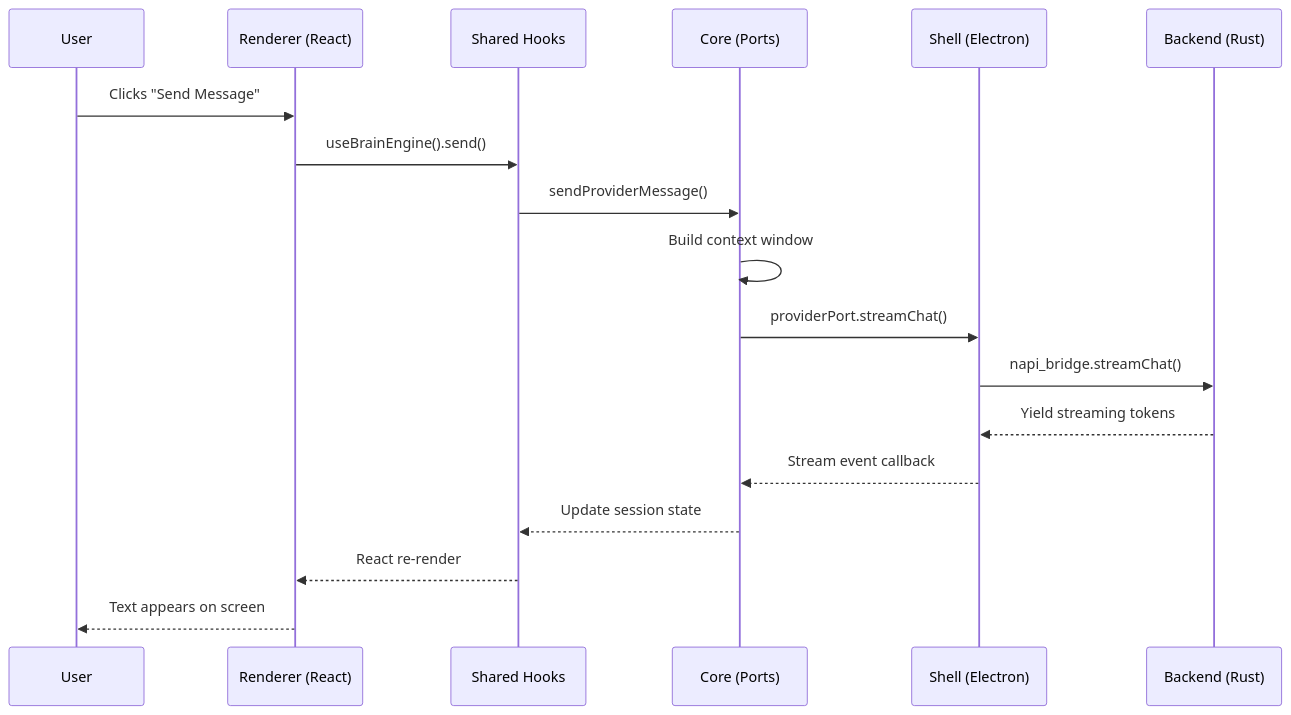
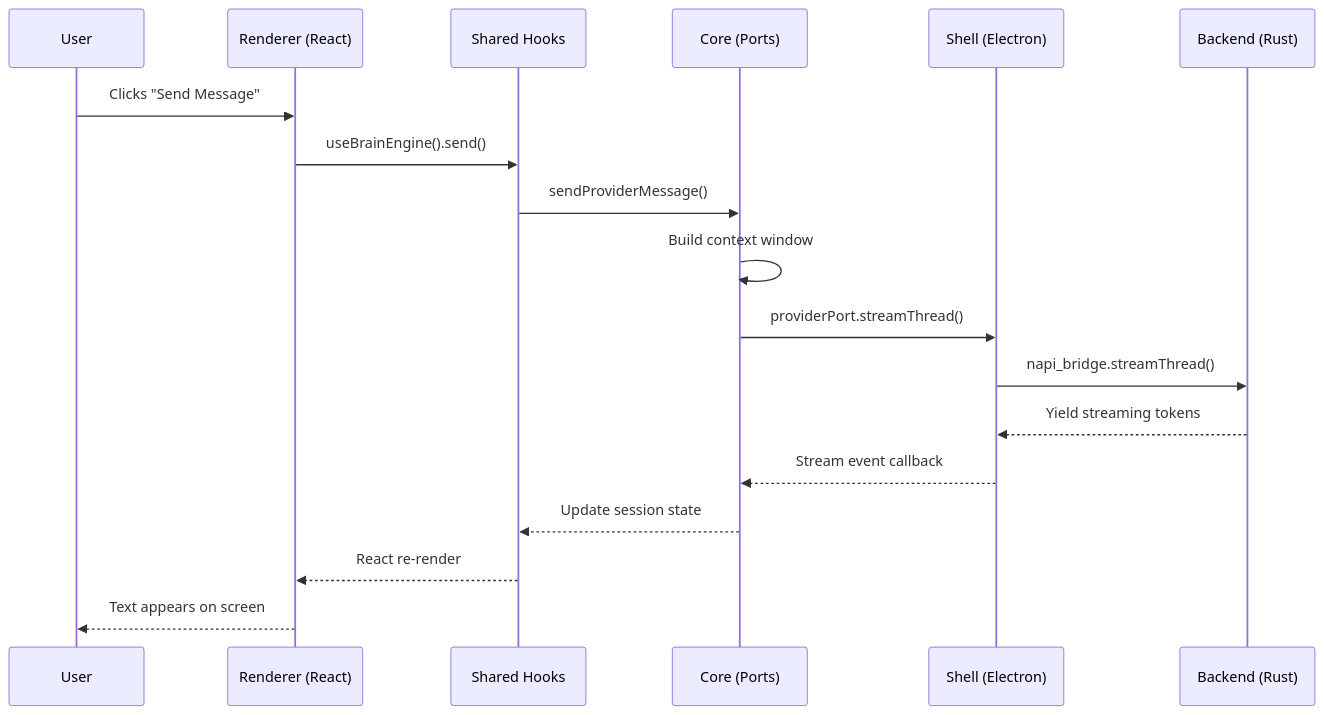
One commit to squigit-org/squigit changed the fifth of 7 diagrams in docs/02-architecture/SQUIGIT.md. Above: the diagram before and after it, drawn with Mermaid. The commit also changed other lines of this file and 2 other files, not shown here.

Commit message:
refactor(docs): update terminology from chat to thread in documentation

````diff
--- a/docs/02-architecture/SQUIGIT.md
+++ b/docs/02-architecture/SQUIGIT.md
@@ -274,21 +274,21 @@
 ```mermaid
 sequenceDiagram
     participant User
     participant Renderer as Renderer (React)
     participant Hooks as Shared Hooks
     participant Core as Core (Ports)
     participant Shell as Shell (Electron)
     participant Backend as Backend (Rust)
 
     User->>Renderer: Clicks "Send Message"
     Renderer->>Hooks: useBrainEngine().send()
     Hooks->>Core: sendProviderMessage()
     Core->>Core: Build context window
-    Core->>Shell: providerPort.streamChat()
-    Shell->>Backend: napi_bridge.streamChat()
+    Core->>Shell: providerPort.streamThread()
+    Shell->>Backend: napi_bridge.streamThread()
     Backend-->>Shell: Yield streaming tokens
     Shell-->>Core: Stream event callback
     Core-->>Hooks: Update session state
     Hooks-->>Renderer: React re-render
     Renderer-->>User: Text appears on screen
 ```
````
